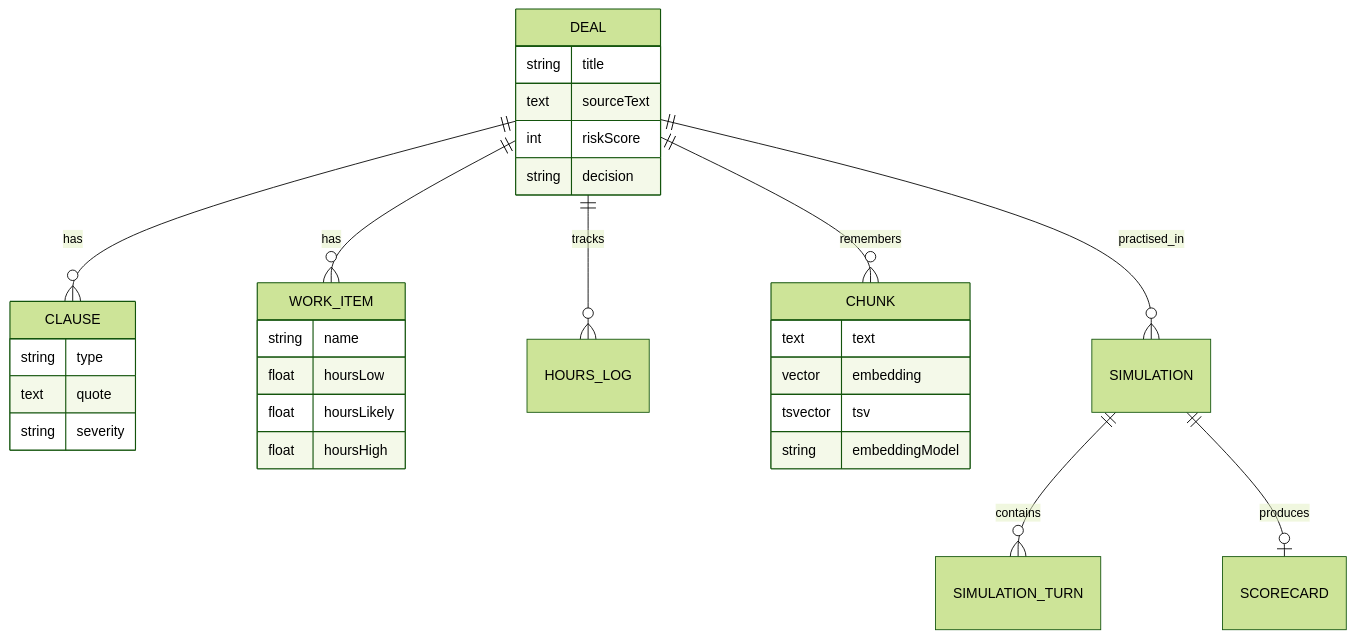
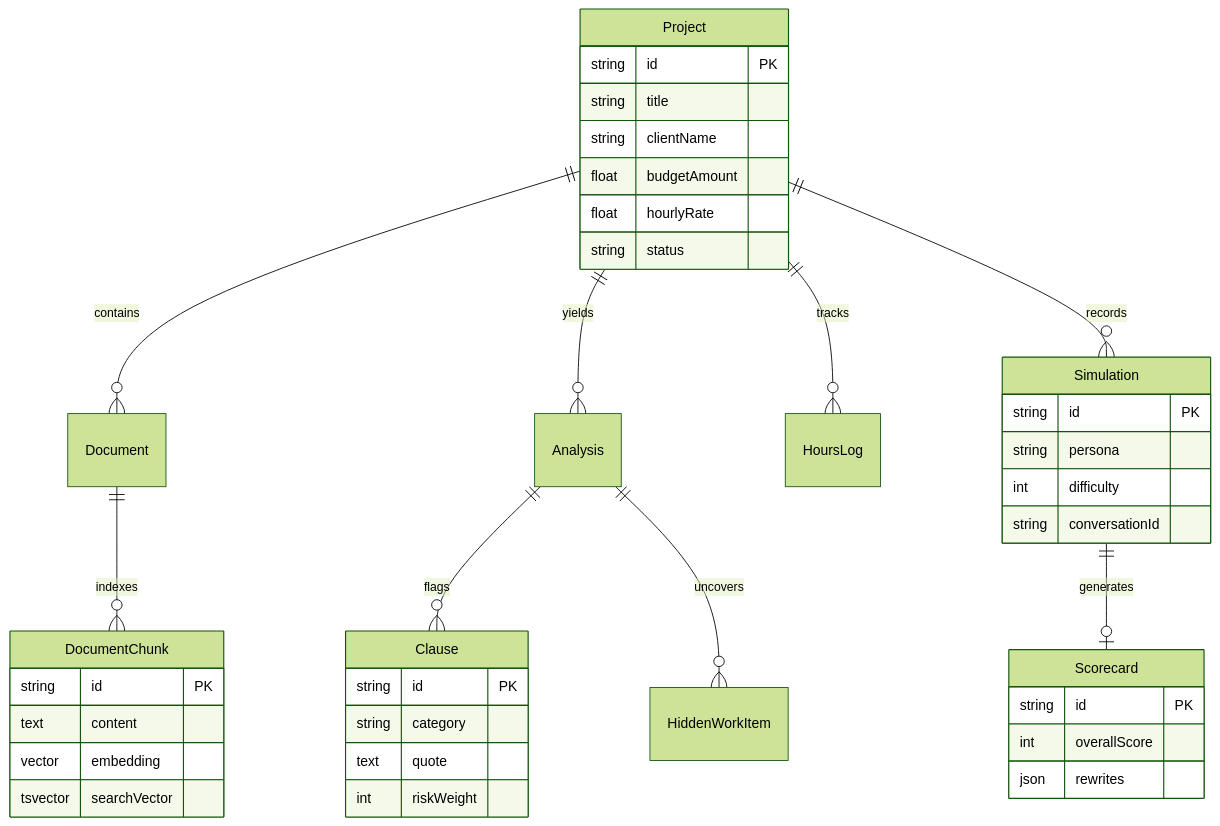
The fourth of 4 diagrams in README.md (mannubaveja007/Jhanjhat), drawn with Mermaid (forest theme) before and after one commit. The commit also changed other lines of this file, not shown here.

Commit message:
docs: overhaul README with high-contrast Mermaid diagrams and punchy structure

````diff
--- a/README.md
+++ b/README.md
@@ -247,33 +145,43 @@
 ```mermaid
 erDiagram
-  DEAL ||--o{ CLAUSE : has
-  DEAL ||--o{ WORK_ITEM : has
-  DEAL ||--o{ HOURS_LOG : tracks
-  DEAL ||--o{ CHUNK : remembers
-  DEAL ||--o{ SIMULATION : practised_in
-  SIMULATION ||--o{ SIMULATION_TURN : contains
-  SIMULATION ||--o| SCORECARD : produces
-  DEAL {
-    string title
-    text sourceText
-    int riskScore
-    string decision
-  }
-  CLAUSE {
-    string type
-    text quote
-    string severity
-  }
-  WORK_ITEM {
-    string name
-    float hoursLow
-    float hoursLikely
-    float hoursHigh
-  }
-  CHUNK {
-    text text
-    vector embedding
-    tsvector tsv
-    string embeddingModel
-  }
+    Project ||--o{ Document : contains
+    Project ||--o{ Analysis : yields
+    Project ||--o{ HoursLog : tracks
+    Project ||--o{ Simulation : records
+    Analysis ||--o{ Clause : flags
+    Analysis ||--o{ HiddenWorkItem : uncovers
+    Document ||--o{ DocumentChunk : indexes
+    Simulation ||--o| Scorecard : generates
+
+    Project {
+        string id PK
+        string title
+        string clientName
+        float budgetAmount
+        float hourlyRate
+        string status
+    }
+    Clause {
+        string id PK
+        string category
+        text quote
+        int riskWeight
+    }
+    DocumentChunk {
+        string id PK
+        text content
+        vector embedding
+        tsvector searchVector
+    }
+    Simulation {
+        string id PK
+        string persona
+        int difficulty
+        string conversationId
+    }
+    Scorecard {
+        string id PK
+        int overallScore
+        json rewrites
+    }
 ```
````
